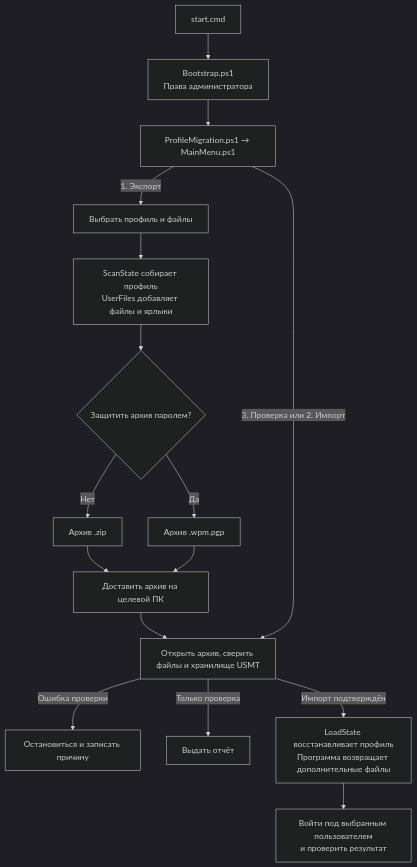
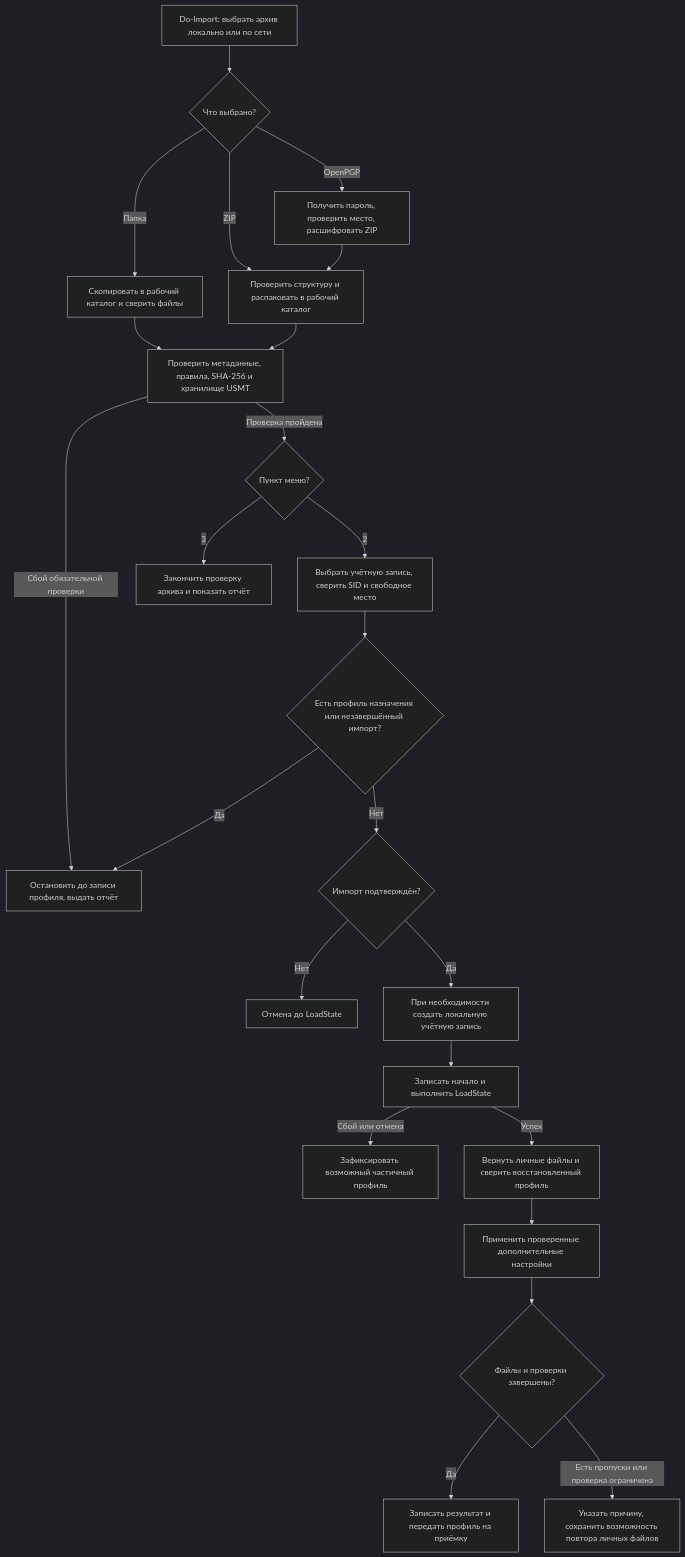
The third of 6 diagrams in TECHNICAL.md (Arhivater/WindowsProfileMigration), drawn with Mermaid (dark theme) before and after one commit. The commit also changed other lines of this file and 5 other files, not shown here.

Commit message:
Добавить полные блок-схемы и собрать ZIP v1.11.1 [skip ci]

````diff
--- a/TECHNICAL.md
+++ b/TECHNICAL.md
@@ -28,18 +105,26 @@
 ```mermaid
 flowchart TD
-    A["start.cmd"] --> B["Bootstrap.ps1<br/>Права администратора"]
-    B --> C["ProfileMigration.ps1 → MainMenu.ps1"]
-    C -->|1. Экспорт| D["Выбрать профиль и файлы"]
-    D --> E["ScanState собирает профиль<br/>UserFiles добавляет файлы и ярлыки"]
-    E --> F{"Защитить архив паролем?"}
-    F -->|Нет| G["Архив .zip"]
-    F -->|Да| H["Архив .wpm.pgp"]
-    G --> I["Доставить архив на целевой ПК"]
-    H --> I
-    I --> J["Открыть архив, сверить файлы и хранилище USMT"]
-    C -->|3. Проверка или 2. Импорт| J
-    J -->|Ошибка проверки| K["Остановиться и записать причину"]
-    J -->|Только проверка| L["Выдать отчёт"]
-    J -->|Импорт подтверждён| M["LoadState восстанавливает профиль<br/>Программа возвращает дополнительные файлы"]
-    M --> N["Войти под выбранным пользователем<br/>и проверить результат"]
+    A["Do-Import: выбрать архив локально или по сети"] --> B{"Что выбрано?"}
+    B -->|Папка| C["Скопировать в рабочий каталог и сверить файлы"]
+    B -->|ZIP| D["Проверить структуру и распаковать в рабочий каталог"]
+    B -->|OpenPGP| E["Получить пароль, проверить место, расшифровать ZIP"]
+    E --> D
+    C --> F["Проверить метаданные, правила, SHA-256 и хранилище USMT"]
+    D --> F
+    F -->|Сбой обязательной проверки| X["Остановить до записи профиля, выдать отчёт"]
+    F -->|Проверка пройдена| G{"Пункт меню?"}
+    G -->|3| H["Закончить проверку архива и показать отчёт"]
+    G -->|2| I["Выбрать учётную запись, сверить SID и свободное место"]
+    I --> J{"Есть профиль назначения или незавершённый импорт?"}
+    J -->|Да| X
+    J -->|Нет| K{"Импорт подтверждён?"}
+    K -->|Нет| Y["Отмена до LoadState"]
+    K -->|Да| L["При необходимости создать локальную учётную запись"]
+    L --> M["Записать начало и выполнить LoadState"]
+    M -->|Сбой или отмена| N["Зафиксировать возможный частичный профиль"]
+    M -->|Успех| O["Вернуть личные файлы и сверить восстановленный профиль"]
+    O --> P["Применить проверенные дополнительные настройки"]
+    P --> Q{"Файлы и проверки завершены?"}
+    Q -->|Да| R["Записать результат и передать профиль на приёмку"]
+    Q -->|"Есть пропуски или проверка ограничена"| S["Указать причину, сохранить возможность повтора личных файлов"]
 ```
````
